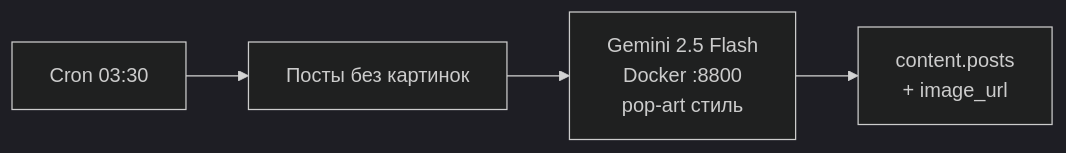
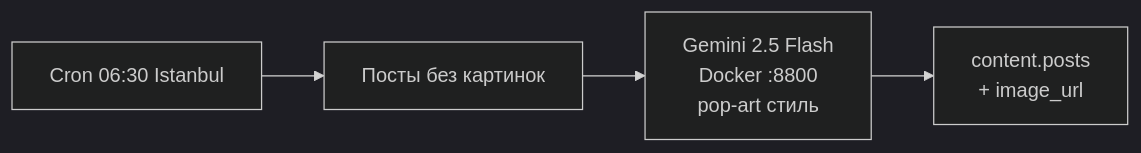
One commit to TimmyZinin/content-pipeline changed the third of 7 diagrams in docs/Workflows.md. Above: the diagram before and after it, drawn with Mermaid (dark theme). The commit also changed other lines of this file, not shown here.

````diff
--- a/docs/Workflows.md
+++ b/docs/Workflows.md
@@ -73,6 +73,6 @@
 ```mermaid
 flowchart LR
-    CRON["Cron 03:30"] --> SQL["Посты без картинок"]
+    CRON["Cron 06:30 Istanbul"] --> SQL["Посты без картинок"]
     SQL --> GEMINI["Gemini 2.5 Flash\nDocker :8800\npop-art стиль"]
     GEMINI --> DB["content.posts\n+ image_url"]
 ```
````
